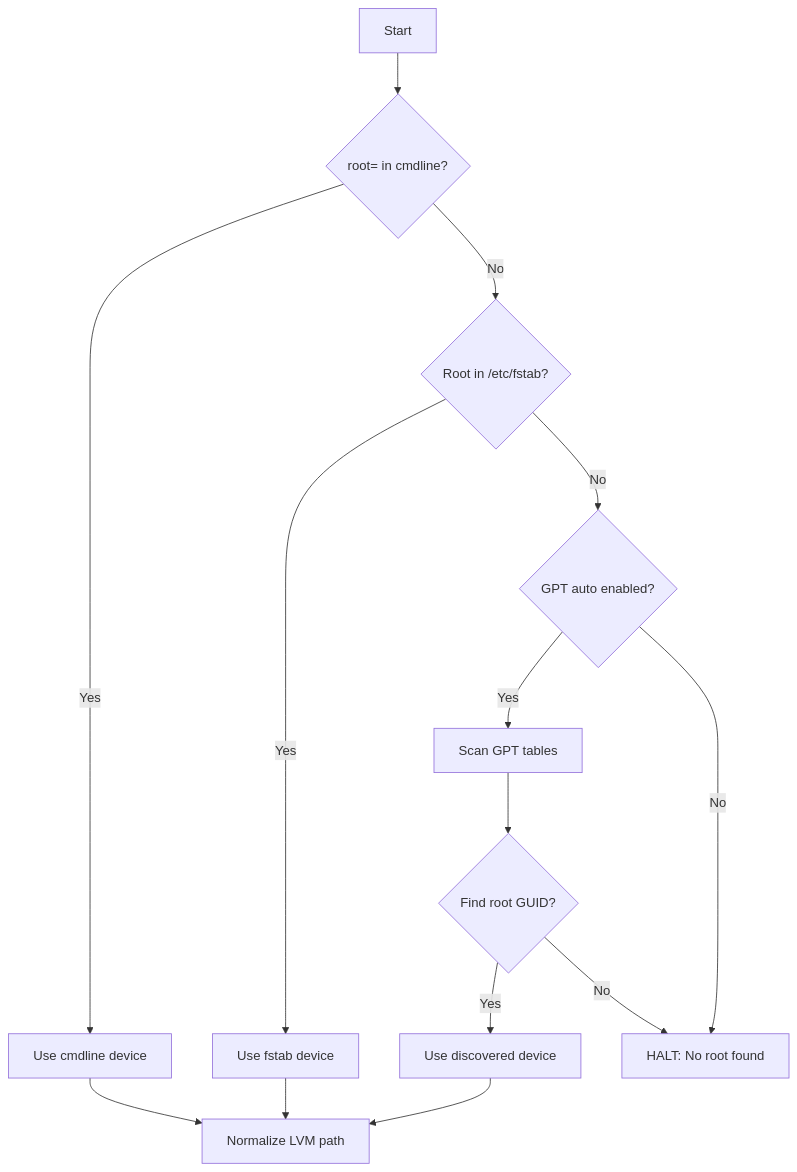
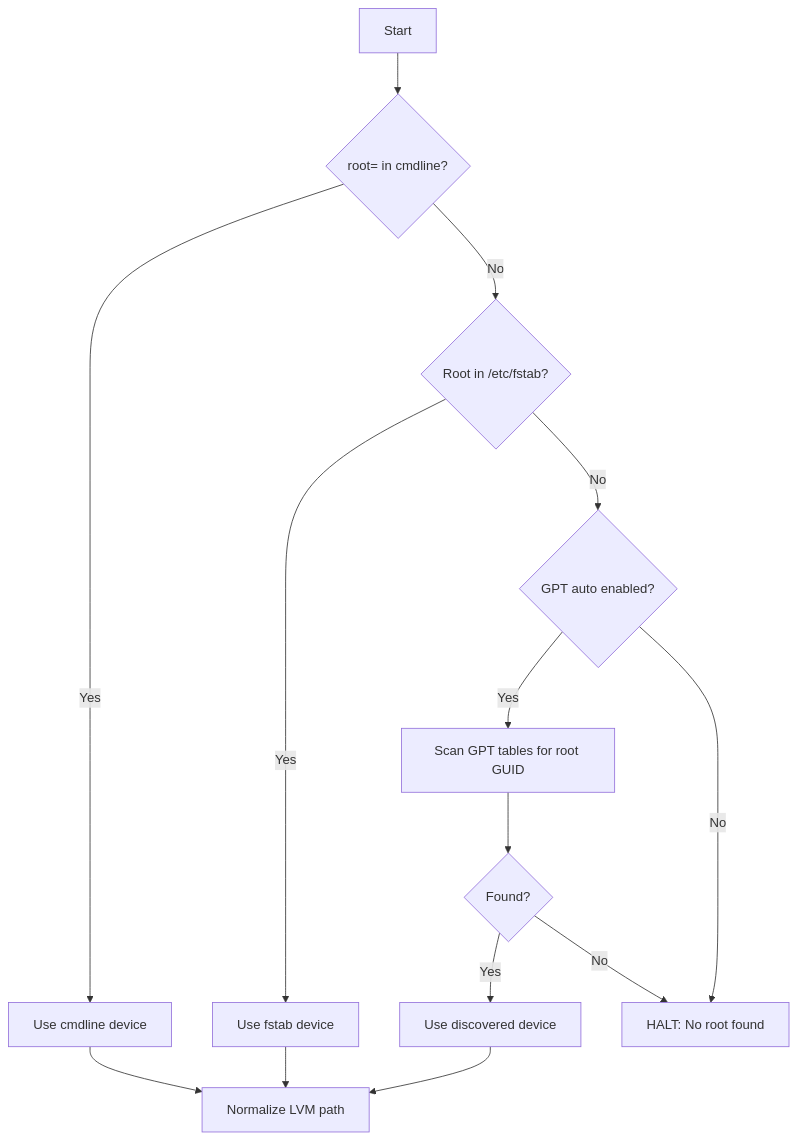
One commit to zaolin/vanguard changed the eighth of 11 diagrams in docs/boot-flow.md. Above: the diagram before and after it, drawn with Mermaid. The commit also changed other lines of this file and 3 other files, not shown here.

````diff
--- a/docs/boot-flow.md
+++ b/docs/boot-flow.md
@@ -219,17 +213,17 @@
 ```mermaid
 flowchart TD
     A[Start] --> B{root= in cmdline?}
     B -->|Yes| C[Use cmdline device]
     B -->|No| D{Root in /etc/fstab?}
     D -->|Yes| E[Use fstab device]
     D -->|No| F{GPT auto enabled?}
-    F -->|Yes| G[Scan GPT tables]
-    G --> H{Find root GUID?}
+    F -->|Yes| G[Scan GPT tables for root GUID]
+    G --> H{Found?}
     H -->|Yes| I[Use discovered device]
     H -->|No| J[HALT: No root found]
     F -->|No| J
     
     C --> K[Normalize LVM path]
     E --> K
     I --> K
 ```
````
